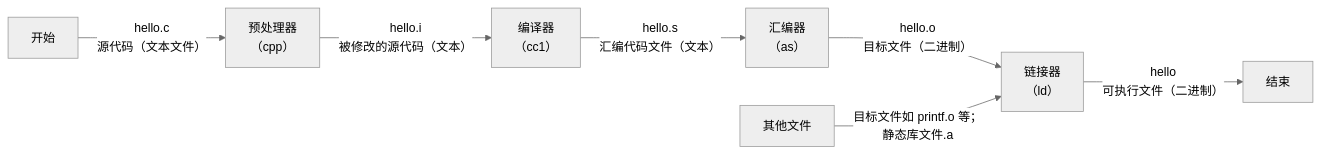
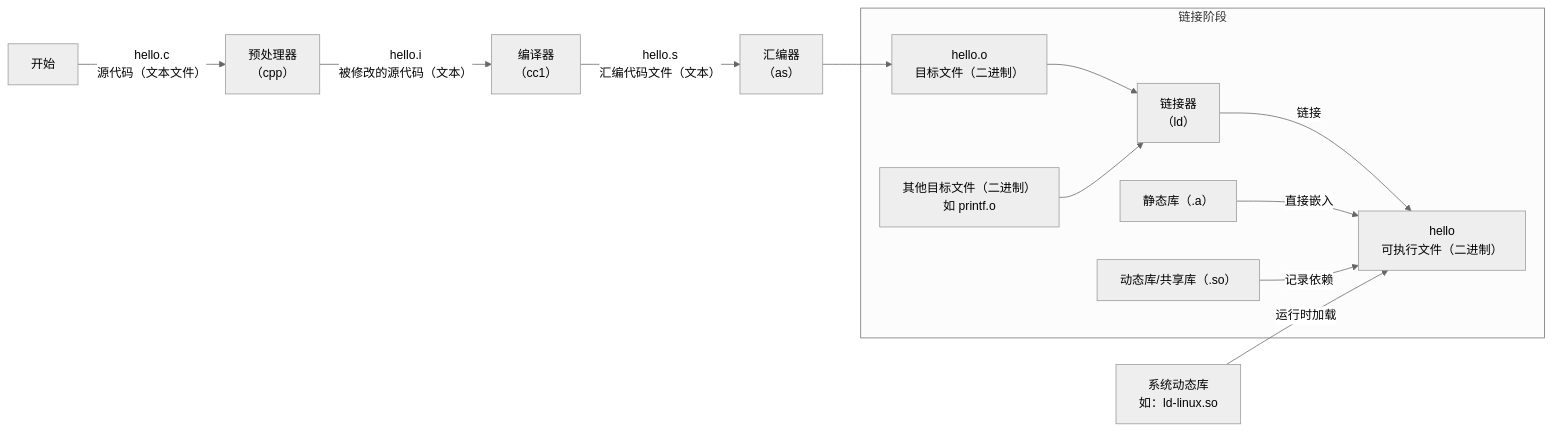
Before and after one commit to JiuYu77/JiuYu77.github.io: the diagram in _posts/Linux/Linux系统/2023-09-17-sys-gcc.md, drawn with Mermaid (neutral theme). The commit also changed other lines of this file, not shown here.

Commit message:
Linux gcc

````diff
--- a/_posts/Linux/Linux系统/2023-09-17-sys-gcc.md
+++ b/_posts/Linux/Linux系统/2023-09-17-sys-gcc.md
@@ -74,10 +74,21 @@
 ```mermaid
 flowchart LR
-开始
--->|hello.c<br/>源代码（文本文件）| preprocessor[预处理器<br/>（cpp）]
--->|hello.i<br/>被修改的源代码（文本）| compiler[编译器<br/>（cc1）]
--->|hello.s<br/>汇编代码文件（文本）| as[汇编器<br/>（as）]
--->|hello.o<br/>目标文件（二进制）| link[链接器<br/>（ld）]
-其他文件-->|目标文件如 printf.o 等；<br/>静态库文件.a| link
--->|hello<br/>可执行文件（二进制）| 结束
+    开始
+    -->|hello.c<br/>源代码（文本文件）| preprocessor[预处理器<br/>（cpp）]
+    -->|hello.i<br/>被修改的源代码（文本）| compiler[编译器<br/>（cc1）]
+    -->|hello.s<br/>汇编代码文件（文本）| as[汇编器<br/>（as）]
+    as-->obj[hello.o<br/>目标文件（二进制）]
+
+    subgraph "链接阶段"
+    obj--> link[链接器<br/>（ld）]
+
+    obj2[其他目标文件（二进制）<br/>如 printf.o]--> link
+
+    link-->|链接| exe[hello<br/>可执行文件（二进制）]
+
+    static[静态库（.a）]-->|直接嵌入| exe
+    shared[动态库/共享库（.so）]-->|记录依赖| exe
+    end
+
+    H[系统动态库<br/>如：ld-linux.so] -->|运行时加载| exe
 ```
````
